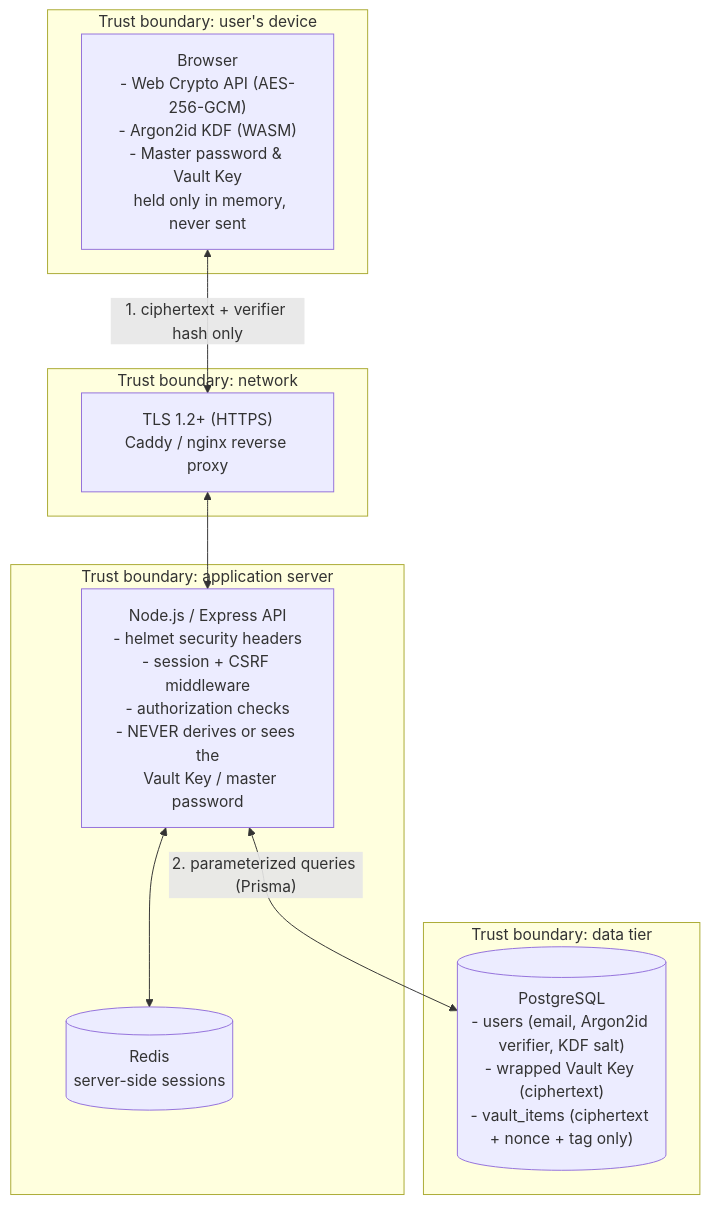
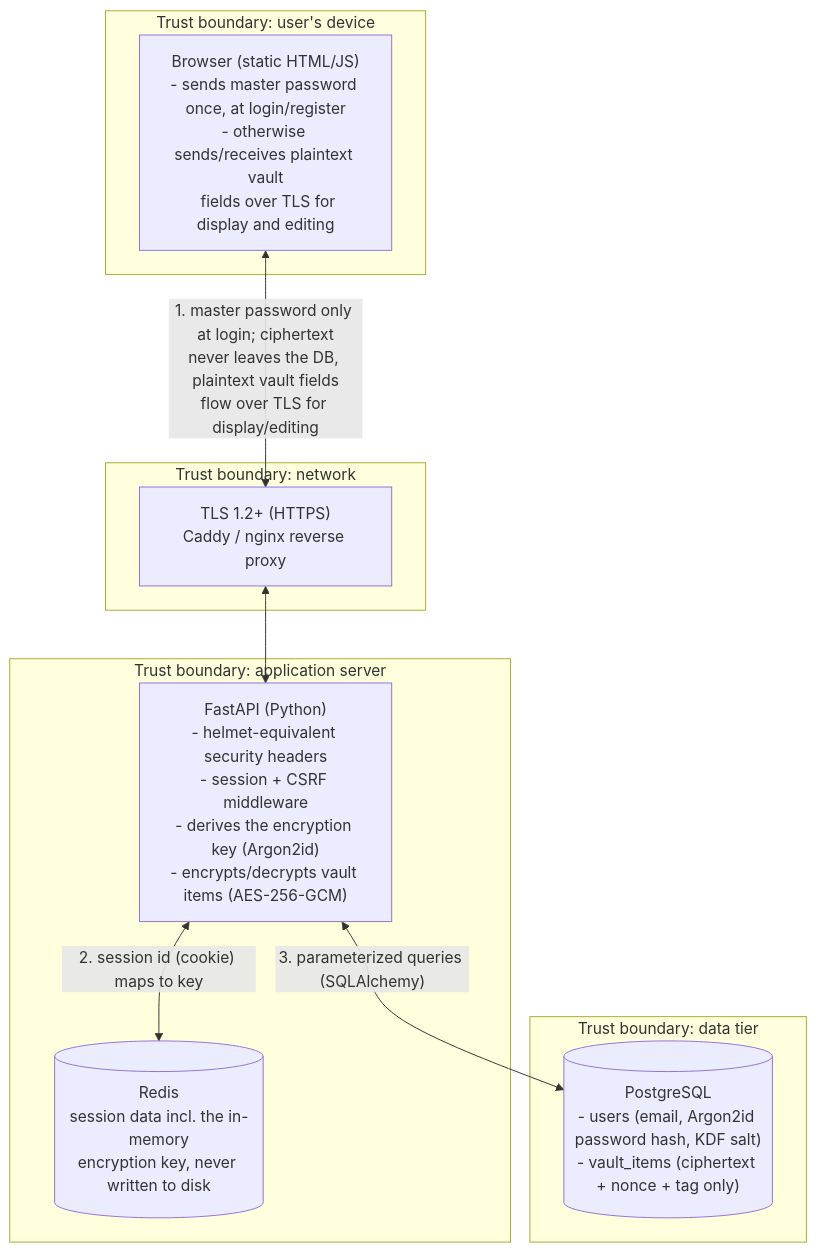
The diagram in docs/checkpoint-1-design.md (SSimplex2003/WebAppSecurity), drawn with Mermaid before and after one commit. The commit also changed other lines of this file and 11 other files, not shown here.

First line of the commit message:
Switch to server-side encryption model and Python/FastAPI backend

````diff
--- a/docs/checkpoint-1-design.md
+++ b/docs/checkpoint-1-design.md
@@ -27,24 +42,24 @@
 ```mermaid
 flowchart TB
     subgraph UserDevice["Trust boundary: user's device"]
-        B["Browser\n- Web Crypto API (AES-256-GCM)\n- Argon2id KDF (WASM)\n- Master password & Vault Key\n  held only in memory, never sent"]
+        B["Browser (static HTML/JS)\n- sends master password once, at login/register\n- otherwise sends/receives plaintext vault\n  fields over TLS for display and editing"]
     end
 
     subgraph Network["Trust boundary: network"]
         TLS["TLS 1.2+ (HTTPS)\nCaddy / nginx reverse proxy"]
     end
 
     subgraph Server["Trust boundary: application server"]
-        APP["Node.js / Express API\n- helmet security headers\n- session + CSRF middleware\n- authorization checks\n- NEVER derives or sees the\n  Vault Key / master password"]
-        SESS[("Redis\nserver-side sessions")]
+        APP["FastAPI (Python)\n- helmet-equivalent security headers\n- session + CSRF middleware\n- derives the encryption key (Argon2id)\n- encrypts/decrypts vault items (AES-256-GCM)"]
+        SESS[("Redis\nsession data incl. the in-memory\nencryption key, never written to disk")]
     end
 
     subgraph DataTier["Trust boundary: data tier"]
-        DB[("PostgreSQL\n- users (email, Argon2id verifier, KDF salt)\n- wrapped Vault Key (ciphertext)\n- vault_items (ciphertext + nonce + tag only)")]
+        DB[("PostgreSQL\n- users (email, Argon2id password hash, KDF salt)\n- vault_items (ciphertext + nonce + tag only)")]
     end
 
-    B <-- "1. ciphertext + verifier hash only" --> TLS
+    B <-- "1. master password only at login; ciphertext\nnever leaves the DB, plaintext vault fields\nflow over TLS for display/editing" --> TLS
     TLS <--> APP
-    APP <--> SESS
-    APP <-- "2. parameterized queries (Prisma)" --> DB
+    APP <-- "2. session id (cookie) maps to key" --> SESS
+    APP <-- "3. parameterized queries (SQLAlchemy)" --> DB
 ```
````
